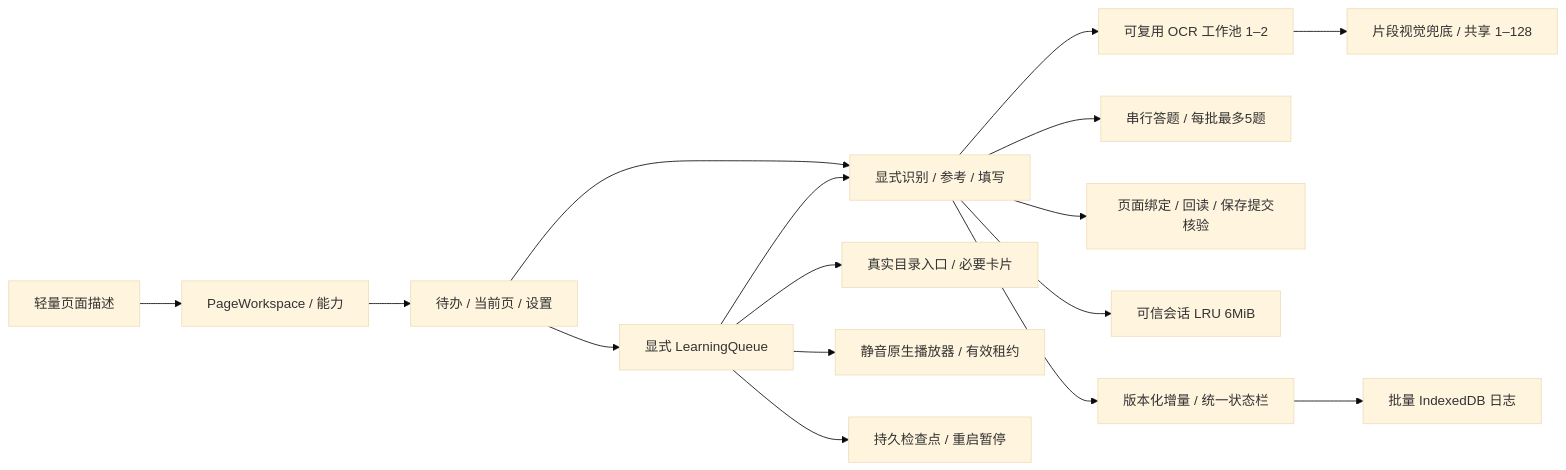
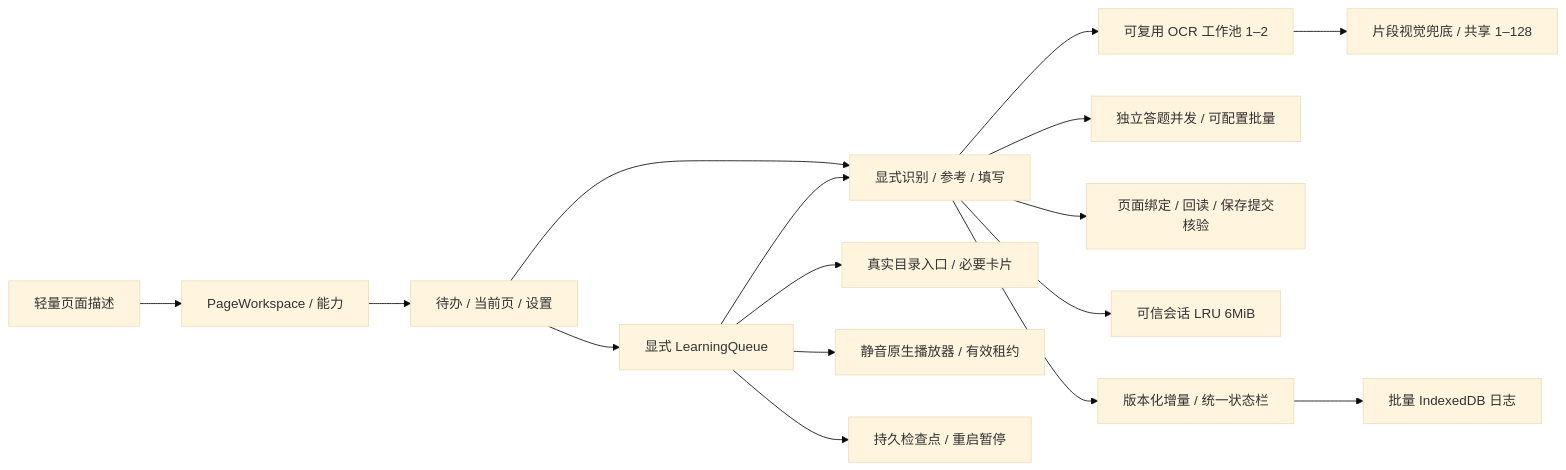
Before and after one commit to Qziky/xuexitong-auto: the diagram in docs/architecture.md, drawn with Mermaid (base theme). The commit also changed other lines of this file and 33 other files, not shown here.

````diff
--- a/docs/architecture.md
+++ b/docs/architecture.md
@@ -3,18 +3,18 @@
 ```mermaid
 flowchart LR
   PAGE[轻量页面描述] --> PW[PageWorkspace / 能力]
   PW --> UI[待办 / 当前页 / 设置]
   UI --> WF[显式识别 / 参考 / 填写]
   WF --> OCR[可复用 OCR 工作池 1–2]
   OCR --> VISION[片段视觉兜底 / 共享 1–128]
-  WF --> SOLVE[串行答题 / 每批最多5题]
+  WF --> SOLVE[独立答题并发 / 可配置批量]
   WF --> WRITE[页面绑定 / 回读 / 保存提交核验]
   UI --> LEARN[显式 LearningQueue]
   LEARN --> MENU[真实目录入口 / 必要卡片]
   LEARN --> VIDEO[静音原生播放器 / 有效租约]
   LEARN --> WF
   WF --> CACHE[可信会话 LRU 6MiB]
   LEARN --> LOCAL[持久检查点 / 重启暂停]
   WF --> DELTA[版本化增量 / 统一状态栏]
   DELTA --> JOURNAL[批量 IndexedDB 日志]
 ```
````
